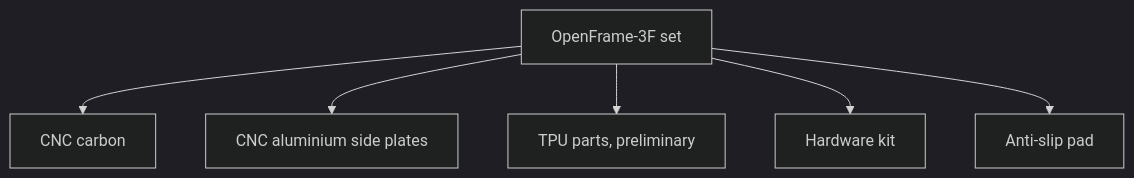
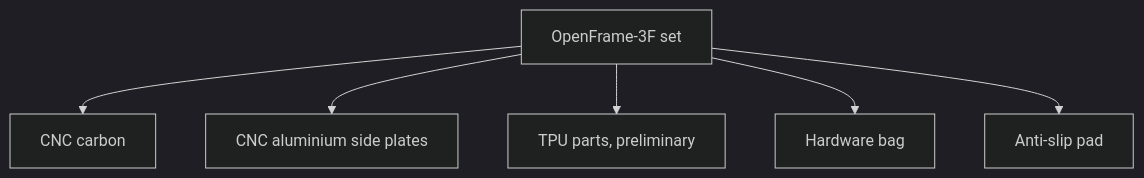
Before and after one commit to OpenDrone-hw/OpenFrame-3F: the second of 2 diagrams in README.md, drawn with Mermaid (dark theme). The commit also changed other lines of this file, not shown here.

First line of the commit message:
README: call the screw bag a hardware bag, not a kit (#23)

````diff
--- a/README.md
+++ b/README.md
@@ -70,8 +70,8 @@
 ```mermaid
 flowchart TB
   SET["OpenFrame-3F set"] --> CF["CNC carbon"]
   SET --> AL["CNC aluminium side plates"]
   SET --> TPU["TPU parts, preliminary"]
-  SET --> KIT["Hardware kit"]
+  SET --> KIT["Hardware bag"]
   SET --> PAD["Anti-slip pad"]
 ```
````
